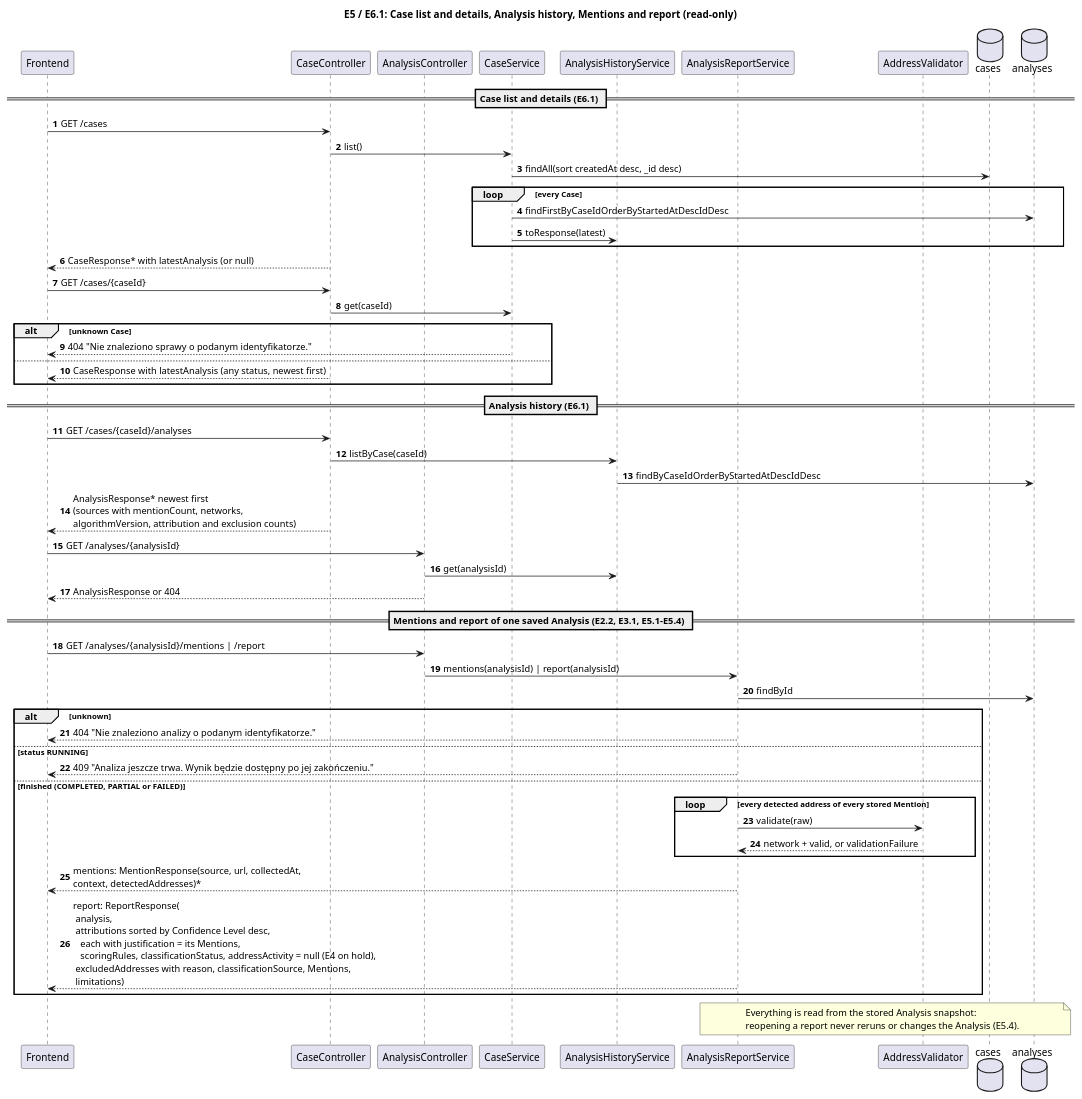
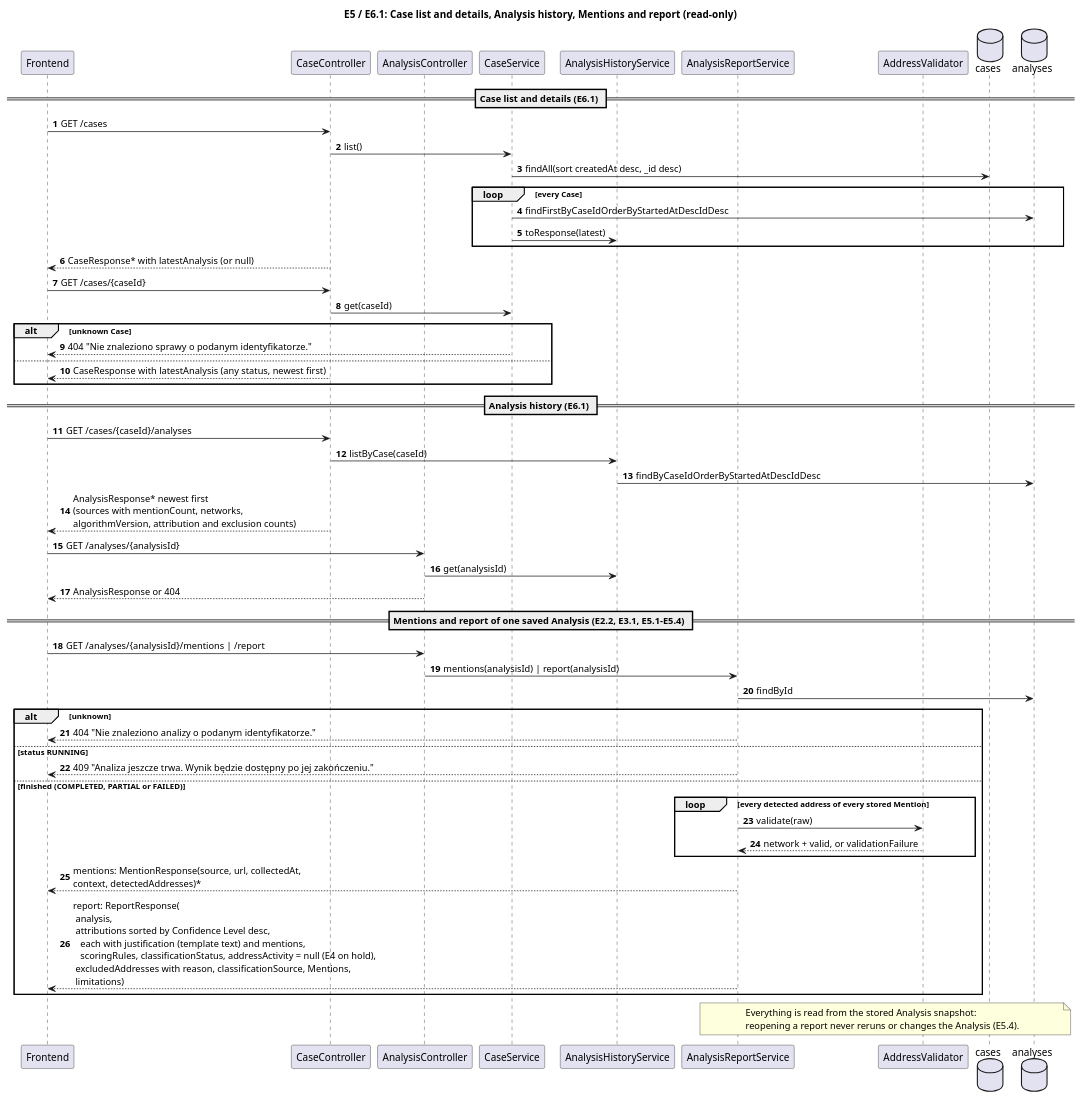
Before and after one commit to NononotaaSquad/cryptofoot: the diagram in .agents/context/backend/diagrams/10-report-and-history.puml, drawn with PlantUML. The commit also changed 20 other files, not shown here.

First line of the commit message:
docs(E3): record the decisions of the Confidence Level algorithm

```diff
--- a/.agents/context/backend/diagrams/10-report-and-history.puml
+++ b/.agents/context/backend/diagrams/10-report-and-history.puml
@@ -1,67 +1,67 @@
 @startuml 10-report-and-history
 title E5 / E6.1: Case list and details, Analysis history, Mentions and report (read-only)
 
 skinparam shadowing false
 autonumber
 
 participant "Frontend" as FE
 participant "CaseController" as CC
 participant "AnalysisController" as AC
 participant "CaseService" as CS
 participant "AnalysisHistoryService" as HS
 participant "AnalysisReportService" as REP
 participant "AddressValidator" as VAL
 database "cases" as CDB
 database "analyses" as ADB
 
 == Case list and details (E6.1) ==
 FE -> CC : GET /cases
 CC -> CS : list()
 CS -> CDB : findAll(sort createdAt desc, _id desc)
 loop every Case
   CS -> ADB : findFirstByCaseIdOrderByStartedAtDescIdDesc
   CS -> HS : toResponse(latest)
 end
 CC --> FE : CaseResponse* with latestAnalysis (or null)
 
 FE -> CC : GET /cases/{caseId}
 CC -> CS : get(caseId)
 alt unknown Case
   CS --> FE : 404 "Nie znaleziono sprawy o podanym identyfikatorze."
 else
   CC --> FE : CaseResponse with latestAnalysis (any status, newest first)
 end
 
 == Analysis history (E6.1) ==
 FE -> CC : GET /cases/{caseId}/analyses
 CC -> HS : listByCase(caseId)
 HS -> ADB : findByCaseIdOrderByStartedAtDescIdDesc
 CC --> FE : AnalysisResponse* newest first\n(sources with mentionCount, networks,\nalgorithmVersion, attribution and exclusion counts)
 
 FE -> AC : GET /analyses/{analysisId}
 AC -> HS : get(analysisId)
 AC --> FE : AnalysisResponse or 404
 
 == Mentions and report of one saved Analysis (E2.2, E3.1, E5.1-E5.4) ==
 FE -> AC : GET /analyses/{analysisId}/mentions | /report
 AC -> REP : mentions(analysisId) | report(analysisId)
 REP -> ADB : findById
 alt unknown
   REP --> FE : 404 "Nie znaleziono analizy o podanym identyfikatorze."
 else status RUNNING
   REP --> FE : 409 "Analiza jeszcze trwa. Wynik będzie dostępny po jej zakończeniu."
 else finished (COMPLETED, PARTIAL or FAILED)
   loop every detected address of every stored Mention
     REP -> VAL : validate(raw)
     VAL --> REP : network + valid, or validationFailure
   end
   REP --> FE : mentions: MentionResponse(source, url, collectedAt,\ncontext, detectedAddresses)*
-  REP --> FE : report: ReportResponse(\n analysis,\n attributions sorted by Confidence Level desc,\n   each with justification = its Mentions,\n   scoringRules, classificationStatus, addressActivity = null (E4 on hold),\n excludedAddresses with reason, classificationSource, Mentions,\n limitations)
+  REP --> FE : report: ReportResponse(\n analysis,\n attributions sorted by Confidence Level desc,\n   each with justification (template text) and mentions,\n   scoringRules, classificationStatus, addressActivity = null (E4 on hold),\n excludedAddresses with reason, classificationSource, Mentions,\n limitations)
 end
 
 note over REP, ADB
   Everything is read from the stored Analysis snapshot:
   reopening a report never reruns or changes the Analysis (E5.4).
 end note
 
 @enduml
```
